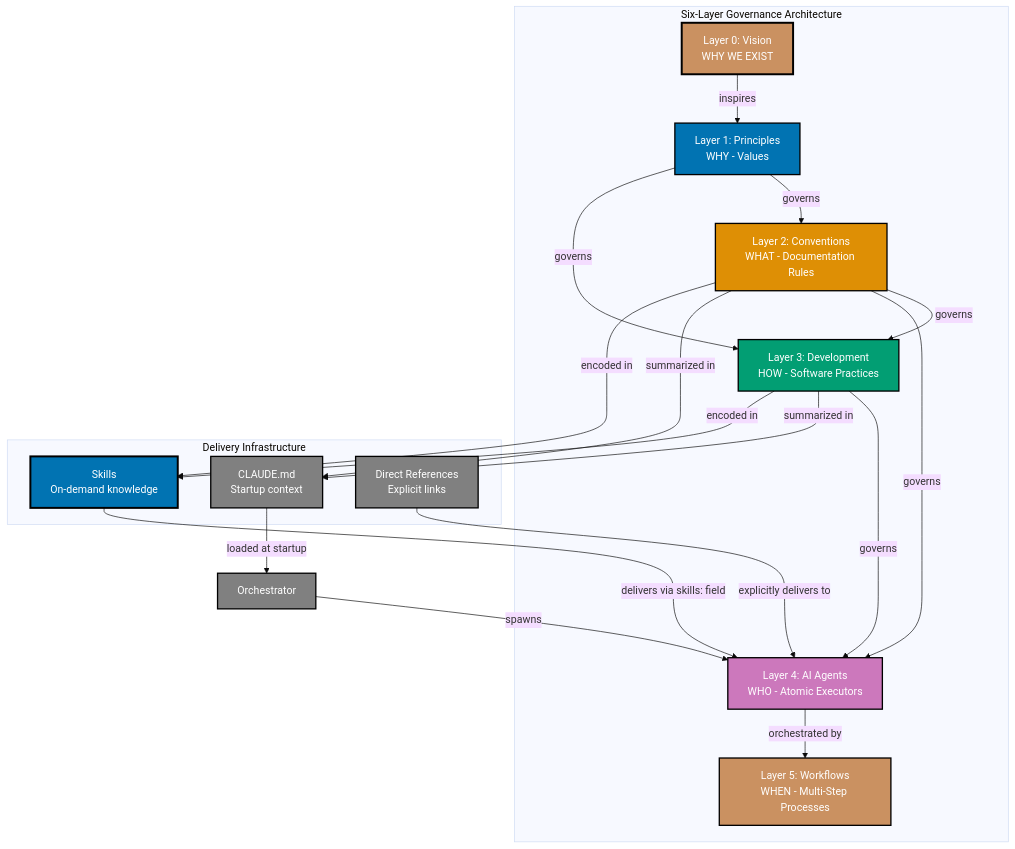
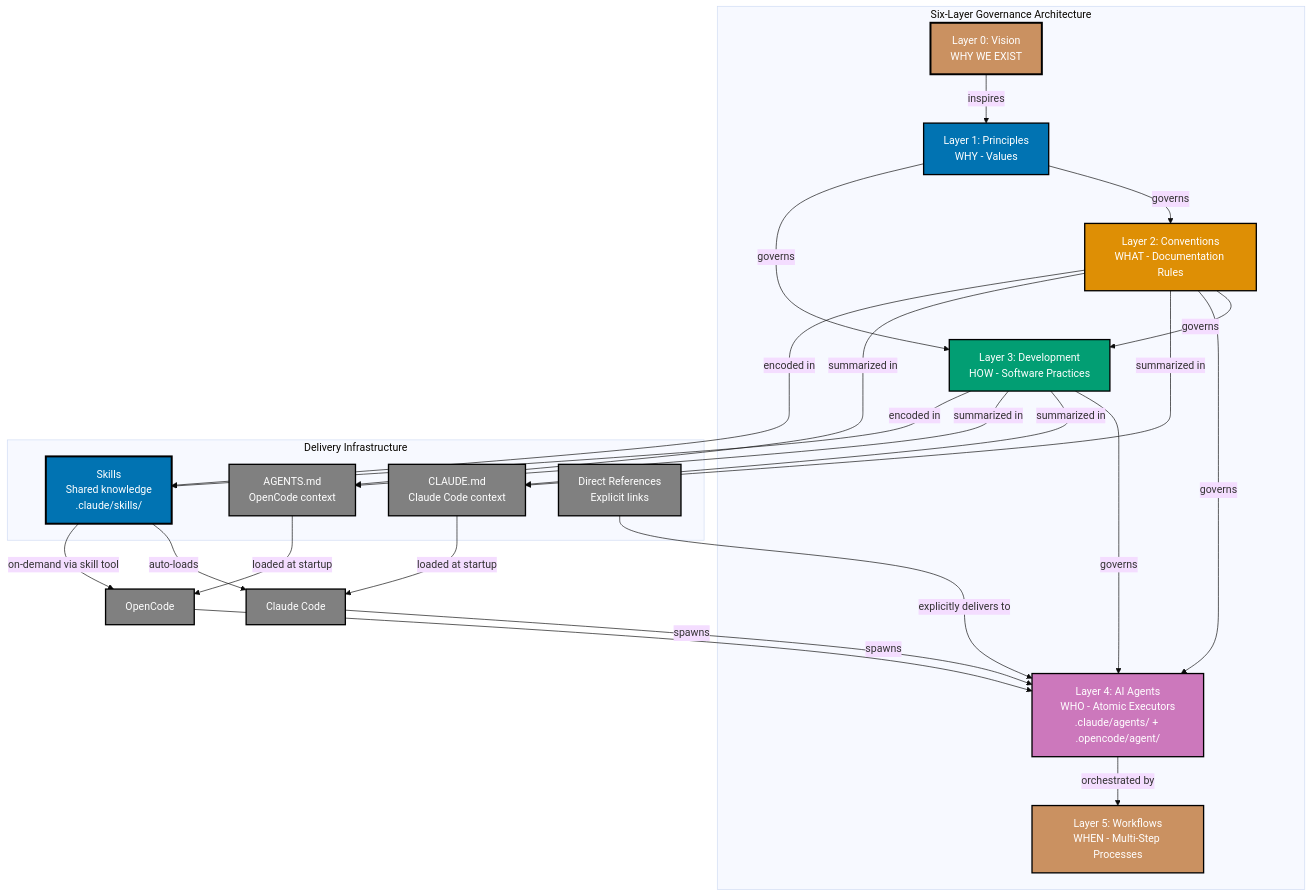
Before and after one commit to wahidyankf/open-sharia-enterprise: the diagram in docs/explanation/ex__repository-governance-architecture.md, drawn with Mermaid (base theme). The commit also changed other lines of this file, not shown here.

First line of the commit message:
docs(architecture): update repository governance for OpenCode adoption

````diff
--- a/docs/explanation/ex__repository-governance-architecture.md
+++ b/docs/explanation/ex__repository-governance-architecture.md
@@ -32,46 +32,54 @@
 ```mermaid
 %% Color Palette: Blue #0173B2, Orange #DE8F05, Teal #029E73, Purple #CC78BC, Brown #CA9161, Gray #808080
 graph TD
     subgraph Governance["Six-Layer Governance Architecture"]
         L0[Layer 0: Vision<br/>WHY WE EXIST]
         L1[Layer 1: Principles<br/>WHY - Values]
         L2[Layer 2: Conventions<br/>WHAT - Documentation Rules]
         L3[Layer 3: Development<br/>HOW - Software Practices]
-        L4[Layer 4: AI Agents<br/>WHO - Atomic Executors]
+        L4[Layer 4: AI Agents<br/>WHO - Atomic Executors<br/>.claude/agents/ + .opencode/agent/]
         L5[Layer 5: Workflows<br/>WHEN - Multi-Step Processes]
     end
 
     subgraph Delivery["Delivery Infrastructure"]
-        CM[CLAUDE.md<br/>Startup context]
-        SK[Skills<br/>On-demand knowledge]
+        CM[CLAUDE.md<br/>Claude Code context]
+        AM[AGENTS.md<br/>OpenCode context]
+        SK[Skills<br/>Shared knowledge<br/>.claude/skills/]
         DR[Direct References<br/>Explicit links]
     end
 
     L0 -->|inspires| L1
     L1 -->|governs| L2
     L1 -->|governs| L3
     L2 -->|governs| L3
     L2 -->|governs| L4
     L3 -->|governs| L4
     L4 -->|orchestrated by| L5
 
     L2 -->|summarized in| CM
+    L2 -->|summarized in| AM
     L2 -->|encoded in| SK
     L3 -->|summarized in| CM
+    L3 -->|summarized in| AM
     L3 -->|encoded in| SK
-    CM -->|loaded at startup| O[Orchestrator]
-    O -->|spawns| L4
-    SK -->|delivers via skills: field| L4
+    CM -->|loaded at startup| OCC[Claude Code]
+    AM -->|loaded at startup| OOC[OpenCode]
+    OCC -->|spawns| L4
+    OOC -->|spawns| L4
+    SK -->|auto-loads| OCC
+    SK -->|on-demand via skill tool| OOC
     DR -->|explicitly delivers to| L4
 
     style L0 fill:#CA9161,stroke:#000000,color:#FFFFFF,stroke-width:3px
     style L1 fill:#0173B2,stroke:#000000,color:#FFFFFF,stroke-width:2px
     style L2 fill:#DE8F05,stroke:#000000,color:#FFFFFF,stroke-width:2px
     style L3 fill:#029E73,stroke:#000000,color:#FFFFFF,stroke-width:2px
     style L4 fill:#CC78BC,stroke:#000000,color:#FFFFFF,stroke-width:2px
     style L5 fill:#CA9161,stroke:#000000,color:#FFFFFF,stroke-width:2px
-    style O fill:#808080,stroke:#000000,color:#FFFFFF,stroke-width:2px
+    style OCC fill:#808080,stroke:#000000,color:#FFFFFF,stroke-width:2px
+    style OOC fill:#808080,stroke:#000000,color:#FFFFFF,stroke-width:2px
     style CM fill:#808080,stroke:#000000,color:#FFFFFF,stroke-width:2px
+    style AM fill:#808080,stroke:#000000,color:#FFFFFF,stroke-width:2px
     style SK fill:#0173B2,stroke:#000000,color:#FFFFFF,stroke-width:3px
     style DR fill:#808080,stroke:#000000,color:#FFFFFF,stroke-width:2px
 ```
````
